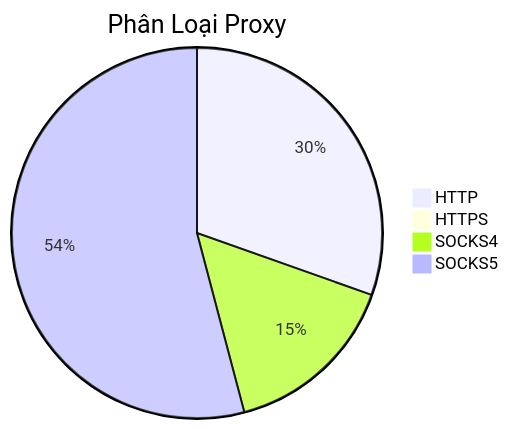
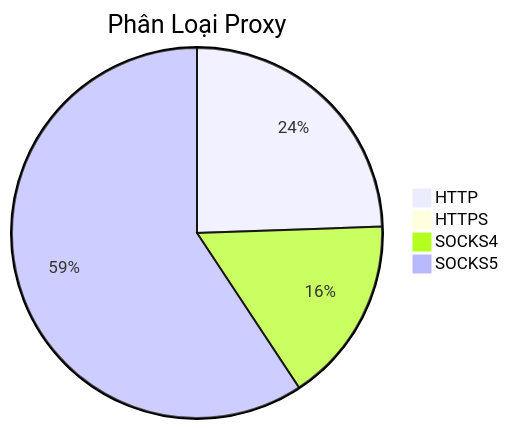
The diagram in README.md (Ciara-Aa/PROXY-free), drawn with Mermaid before and after one commit. The commit also changed other lines of this file and 4 other files, not shown here.

````diff
--- a/README.md
+++ b/README.md
@@ -26,7 +26,7 @@
 ```mermaid
 pie title Phân Loại Proxy
-    "HTTP" : 596
-    "HTTPS" : 4
-    "SOCKS4" : 303
-    "SOCKS5" : 1060
+    "HTTP" : 445
+    "HTTPS" : 2
+    "SOCKS4" : 296
+    "SOCKS5" : 1079
 ```
````
